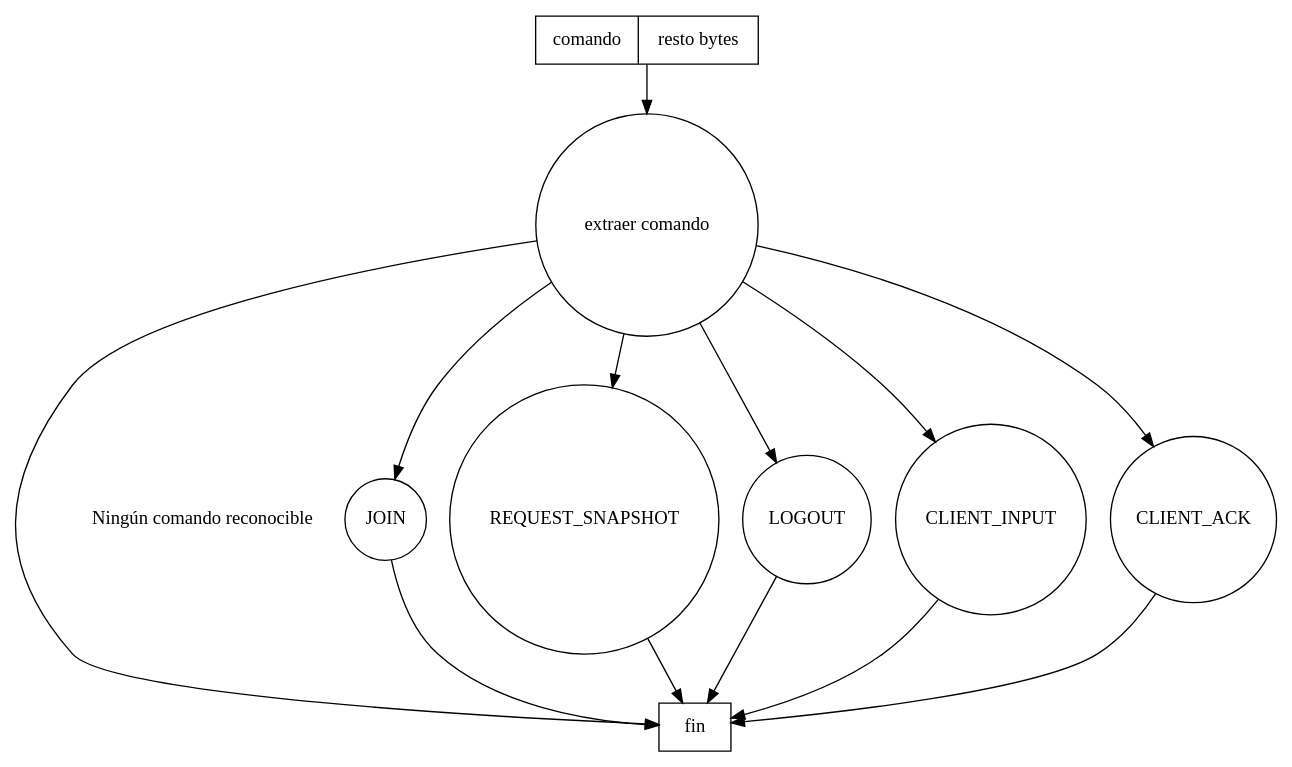
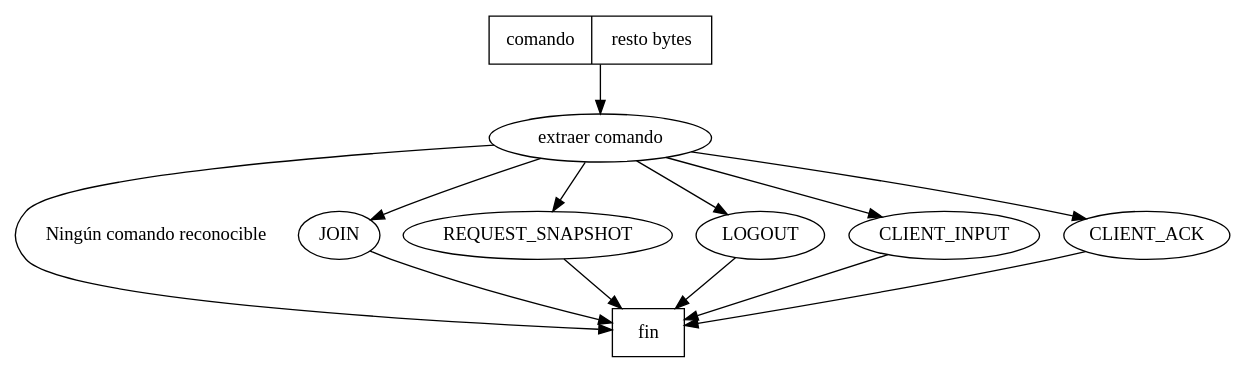
The second of 4 diagrams in docs/servidor.rst (dotoscat/Polytank-ASIR), drawn with Graphviz before and after one commit. The commit also changed other lines of this file, not shown here.

Commit message:
Cambiar forma del nodo

```diff
--- a/docs/servidor.rst
+++ b/docs/servidor.rst
@@ -51,12 +51,12 @@
     .. graphviz::
 
         digraph datagrama {
-            node [shape=circle,fontname=verdana];
+            node [shape=ellipse,fontname=verdana];
             edge [fontname=verdana];
             "data" [shape=record,label="comando|resto bytes"];
             "data" -> "extraer comando";
             "fin" [shape=box];
             "extraer comando" -> "fin" [label="Ningún comando reconocible"];
             "extraer comando" -> {"JOIN", "REQUEST_SNAPSHOT", "LOGOUT", "CLIENT_INPUT", "CLIENT_ACK"};
             {"JOIN", "REQUEST_SNAPSHOT", "LOGOUT", "CLIENT_INPUT", "CLIENT_ACK"} -> "fin";
         }
```
